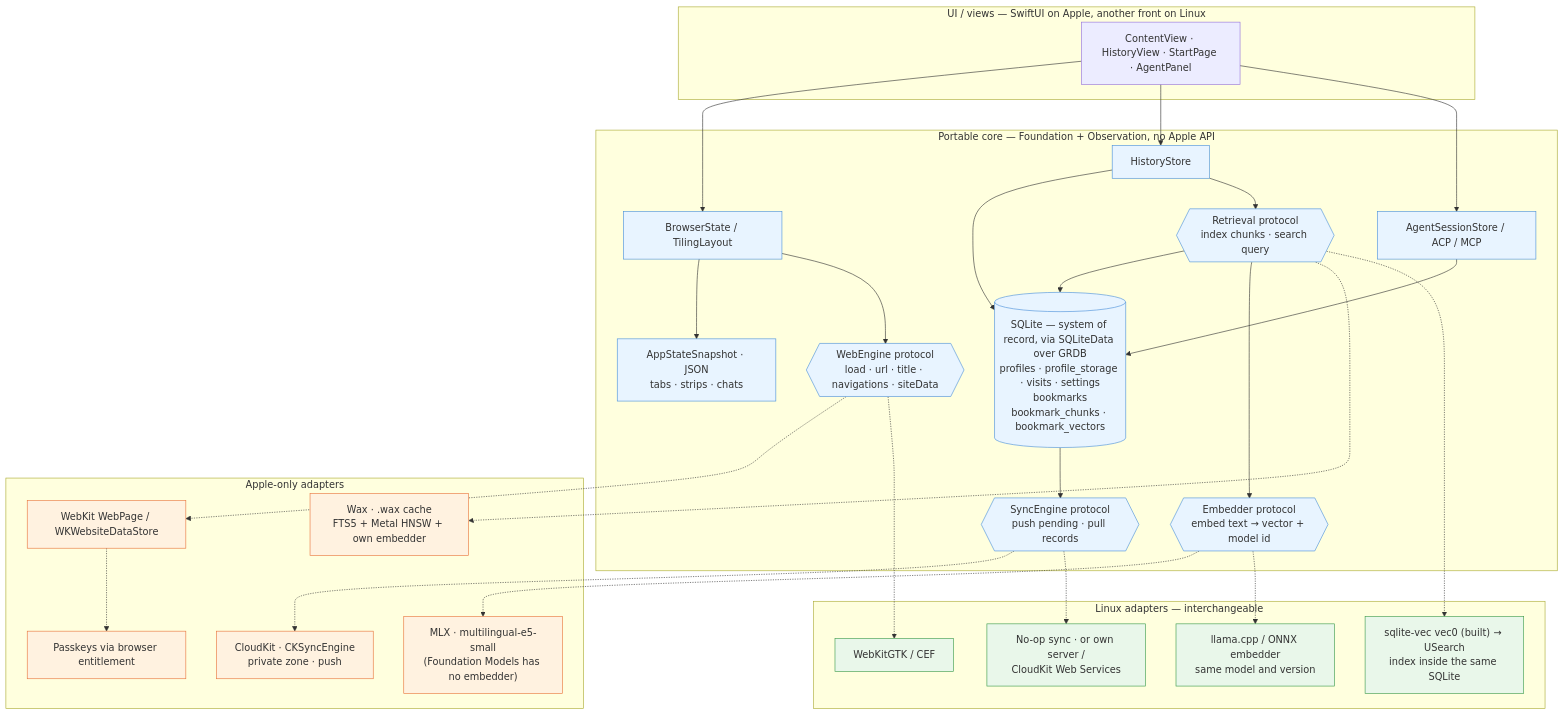
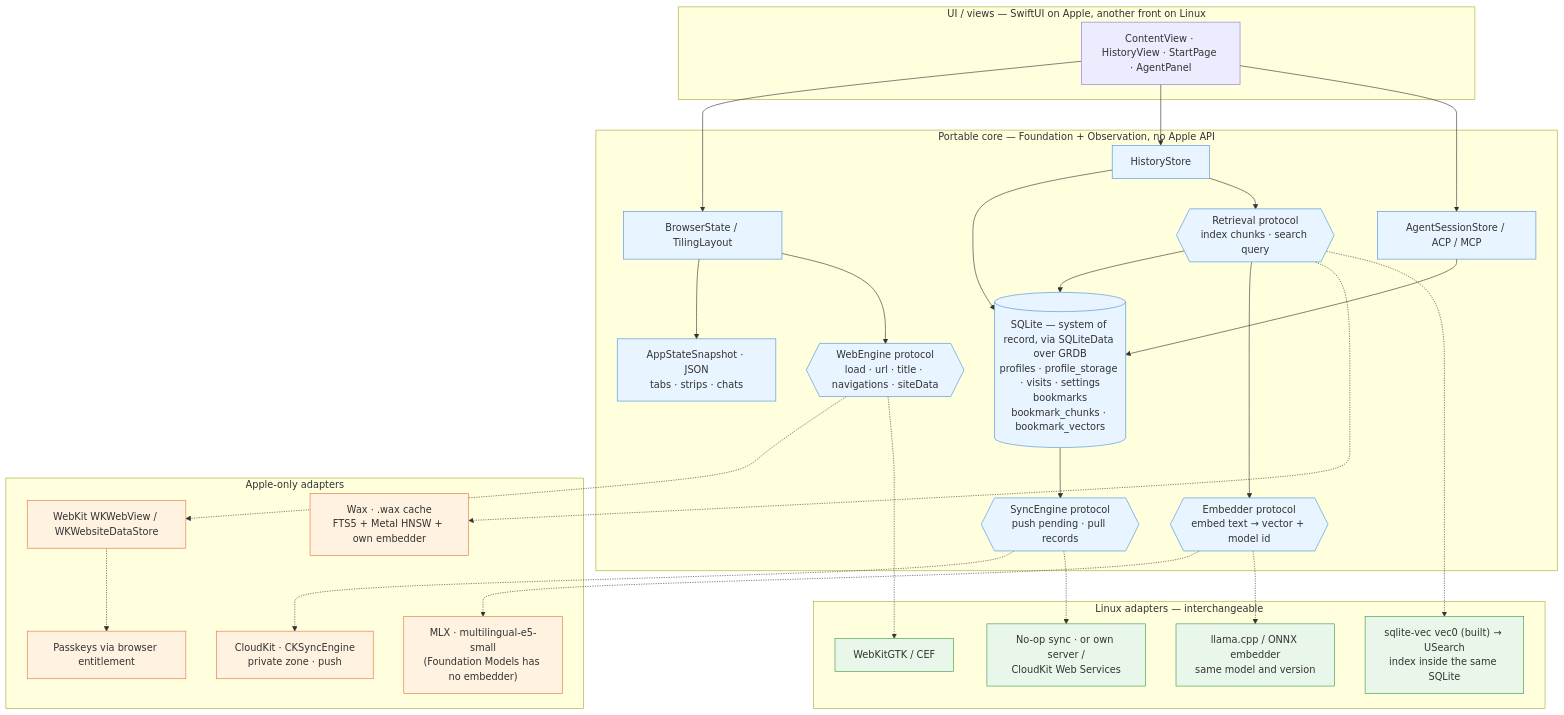
One commit to artipop/six changed the diagram in docs/storage.md. Above: the diagram before and after it, drawn with Mermaid. The commit also changed other lines of this file and 47 other files, not shown here.

````diff
--- a/docs/storage.md
+++ b/docs/storage.md
@@ -7,76 +7,76 @@
 ```mermaid
 flowchart TB
     subgraph UI["UI / views — SwiftUI on Apple, another front on Linux"]
         Views["ContentView · HistoryView · StartPage · AgentPanel"]
     end
 
     subgraph Core["Portable core — Foundation + Observation, no Apple API"]
         BS["BrowserState / TilingLayout"]
         HS["HistoryStore"]
         AS["AgentSessionStore / ACP / MCP"]
         Snap["AppStateSnapshot · JSON
 tabs · strips · chats"]
         DB[("SQLite — system of record, via SQLiteData over GRDB
 profiles · profile_storage · visits · settings
 bookmarks
 bookmark_chunks · bookmark_vectors")]
         RET{{"Retrieval protocol
 index chunks · search query"}}
         EMB{{"Embedder protocol
 embed text → vector + model id"}}
         SYNC{{"SyncEngine protocol
 push pending · pull records"}}
         WEB{{"WebEngine protocol
 load · url · title · navigations · siteData"}}
     end
 
     subgraph Apple["Apple-only adapters"]
-        WK["WebKit WebPage / WKWebsiteDataStore"]
+        WK["WebKit WKWebView / WKWebsiteDataStore"]
         FM["MLX · multilingual-e5-small
 (Foundation Models has no embedder)"]
         WAX["Wax · .wax cache
 FTS5 + Metal HNSW + own embedder"]
         CK["CloudKit · CKSyncEngine
 private zone · push"]
         PK["Passkeys via browser entitlement"]
     end
 
     subgraph Linux["Linux adapters — interchangeable"]
         WKGTK["WebKitGTK / CEF"]
         LEMB["llama.cpp / ONNX embedder
 same model and version"]
         VEC["sqlite-vec vec0 (built) → USearch
 index inside the same SQLite"]
         NOSYNC["No-op sync · or own server /
 CloudKit Web Services"]
     end
 
     Views --> BS
     Views --> HS
     Views --> AS
     BS --> Snap
     BS --> WEB
     HS --> DB
     AS --> DB
     HS --> RET
     RET --> DB
     RET --> EMB
     DB --> SYNC
 
     WEB -.-> WK
     WEB -.-> WKGTK
     EMB -.-> FM
     EMB -.-> LEMB
     RET -.-> WAX
     RET -.-> VEC
     SYNC -.-> CK
     SYNC -.-> NOSYNC
     WK -.-> PK
 
     classDef port fill:#e8f4ff,stroke:#4a90d9
     classDef apple fill:#fff2e0,stroke:#e8743b
     classDef linux fill:#e9f7ea,stroke:#3a9a4a
     class Snap,DB,RET,EMB,SYNC,WEB,BS,HS,AS port
     class WK,FM,WAX,CK,PK apple
     class WKGTK,LEMB,VEC,NOSYNC linux
 ```
````
